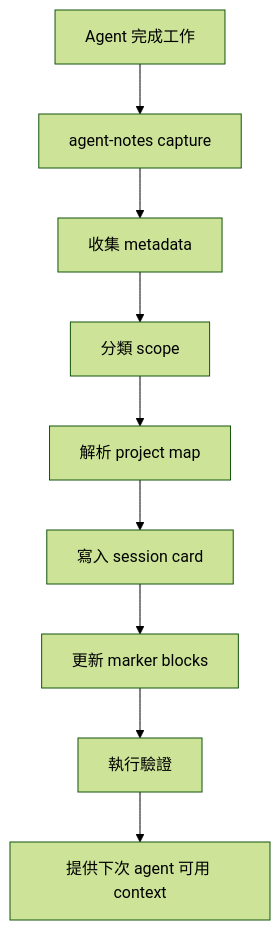
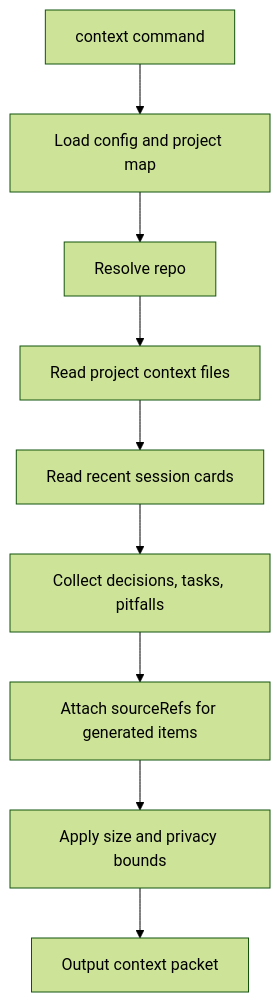
The third of 3 diagrams in docs/PRD.md (BIGWOO/agent-notes), drawn with Mermaid (forest theme) before and after one commit. The commit also changed other lines of this file, not shown here.

````diff
--- a/docs/PRD.md
+++ b/docs/PRD.md
@@ -436,11 +644,11 @@
 ```mermaid
 flowchart TD
-    A["Agent 完成工作"] --> B["agent-notes capture"]
-    B --> C["收集 metadata"]
-    C --> D["分類 scope"]
-    D --> E["解析 project map"]
-    E --> F["寫入 session card"]
-    F --> G["更新 marker blocks"]
-    G --> H["執行驗證"]
-    H --> I["提供下次 agent 可用 context"]
+    A["context command"] --> B["Load config and project map"]
+    B --> C["Resolve repo"]
+    C --> D["Read project context files"]
+    D --> E["Read recent session cards"]
+    E --> F["Collect decisions, tasks, pitfalls"]
+    F --> F1["Attach sourceRefs for generated items"]
+    F1 --> G["Apply size and privacy bounds"]
+    G --> H["Output context packet"]
 ```
````
